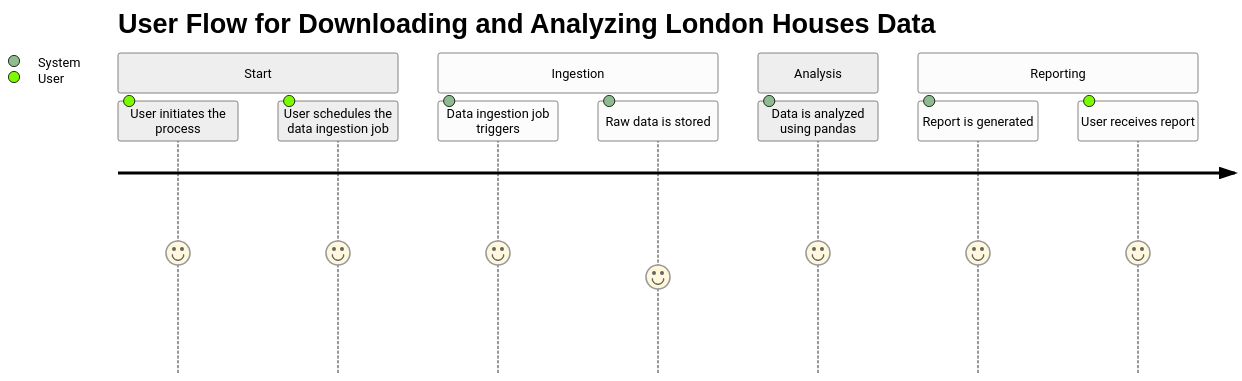
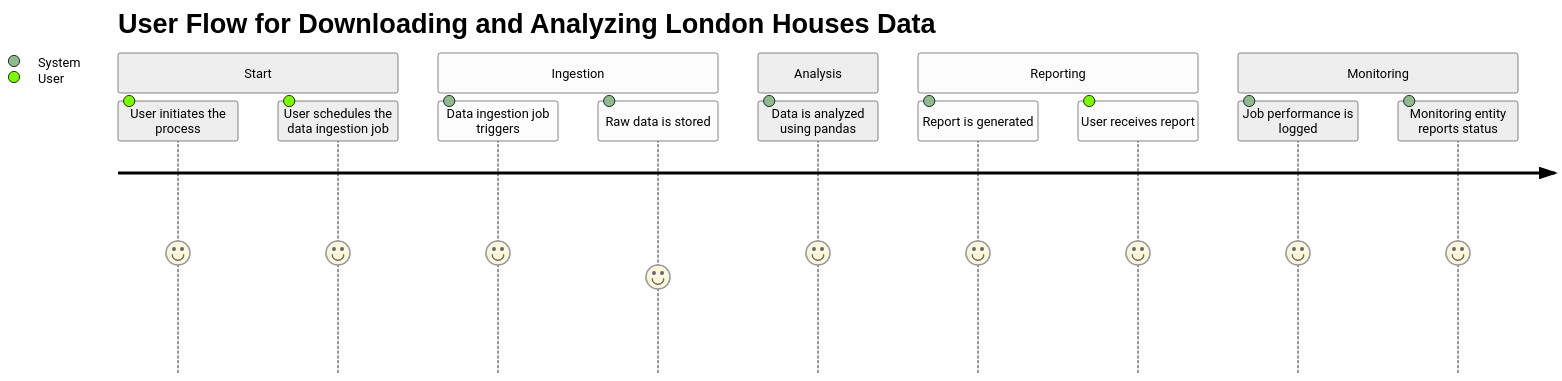
One commit to Ksenniya/quart-client-template changed the fourth of 4 diagrams in entity/app_design_prd.md. Above: the diagram before and after it, drawn with Mermaid (neutral theme). The commit also changed other lines of this file, not shown here.

Commit message:
saved entity/app_design_prd.md: 6ec4d3b0-dcf0-11ef-a0ea-40c2ba0ac9eb

````diff
--- a/entity/app_design_prd.md
+++ b/entity/app_design_prd.md
@@ -78,15 +86,18 @@
 ```mermaid
 journey
     title User Flow for Downloading and Analyzing London Houses Data
     section Start
       User initiates the process: 5: User
       User schedules the data ingestion job: 5: User
     section Ingestion
       Data ingestion job triggers: 5: System
       Raw data is stored: 4: System
     section Analysis
       Data is analyzed using pandas: 5: System
     section Reporting
       Report is generated: 5: System
       User receives report: 5: User
+    section Monitoring
+      Job performance is logged: 5: System
+      Monitoring entity reports status: 5: System
 ```
````
